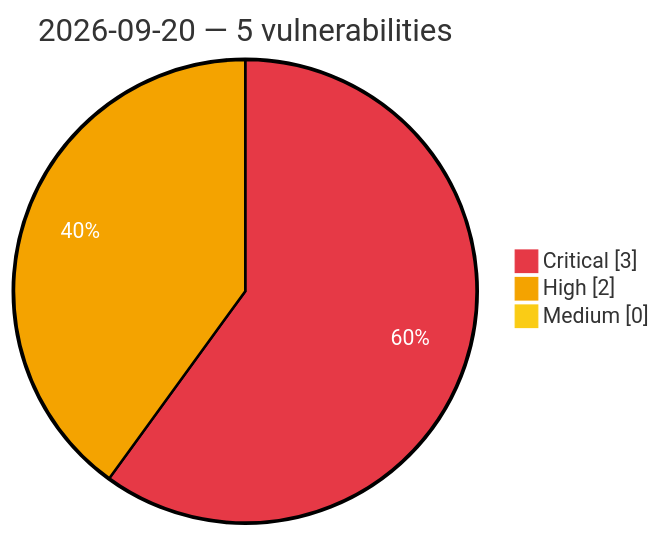
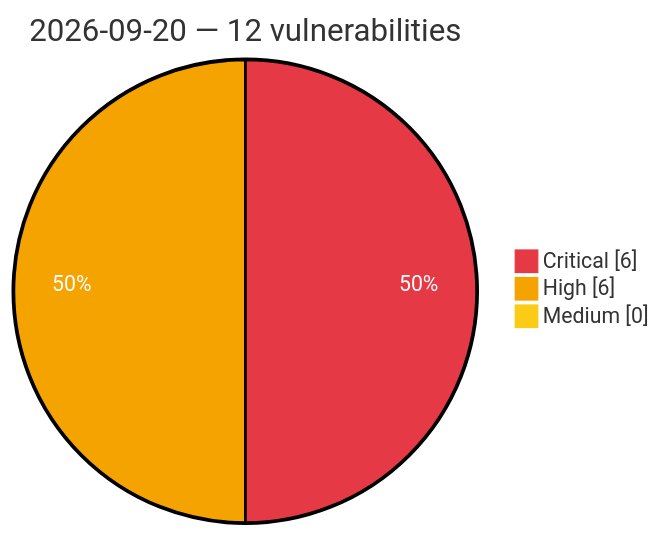
One commit to GhostX0X/vuln-tracker changed the diagram in vulnerabilities/2026/September/2026-09-20.md. Above: the diagram before and after it, drawn with Mermaid. The commit also changed other lines of this file and 5 other files, not shown here.

Commit message:
Auto update: critical/high vulns (2026-09-20 15:26 UTC)

````diff
--- a/vulnerabilities/2026/September/2026-09-20.md
+++ b/vulnerabilities/2026/September/2026-09-20.md
@@ -3,8 +3,8 @@
 ```mermaid
 %%{init: {'theme':'base', 'themeVariables': {'pie1':'#e63946', 'pie2':'#f4a300', 'pie3':'#facc15', 'pieOpacity':'1', 'pieOuterStrokeWidth':'2px', 'pieSectionTextColor':'#ffffff'}}}%%
 pie showData
-    title 2026-09-20 — 5 vulnerabilities
-    "Critical" : 3
-    "High" : 2
+    title 2026-09-20 — 12 vulnerabilities
+    "Critical" : 6
+    "High" : 6
     "Medium" : 0
 ```
````
